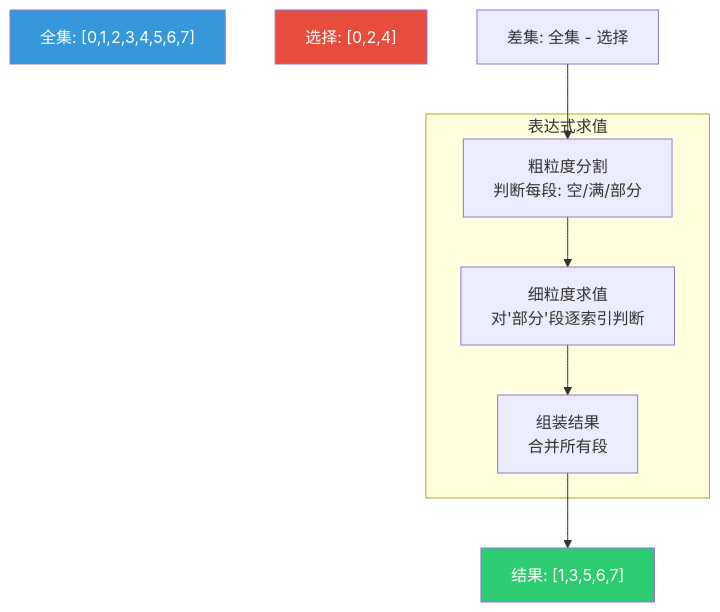
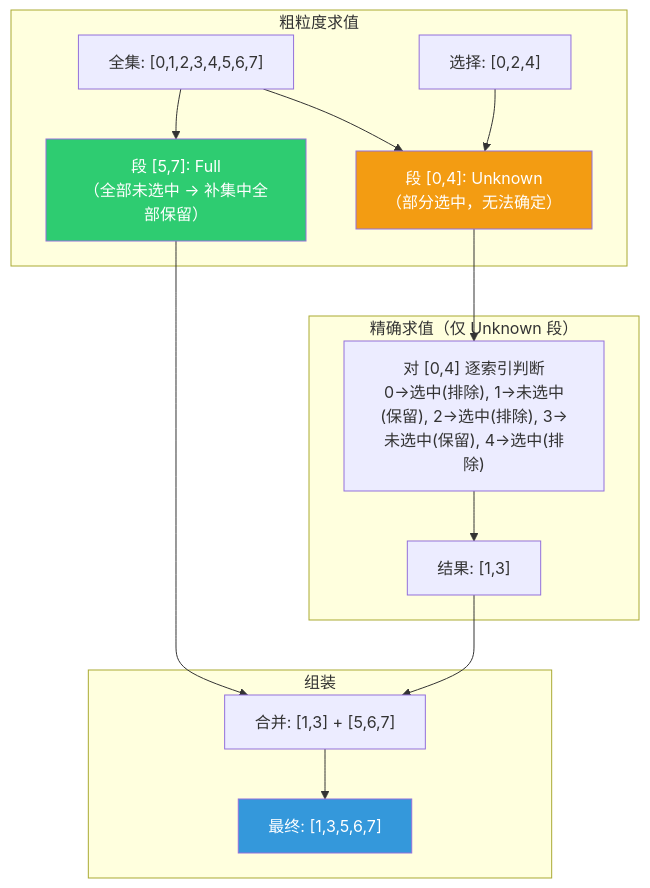
The sixth of 11 diagrams in 杂/markdown/几何节点-列表/07-FilterList节点.md (yunkezengren/blender-.vscode), drawn with Mermaid before and after one commit. The commit also changed other lines of this file and 1 other file, not shown here.

````diff
--- a/杂/markdown/几何节点-列表/07-FilterList节点.md
+++ b/杂/markdown/几何节点-列表/07-FilterList节点.md
@@ -528,19 +717,30 @@
 ```mermaid
 flowchart TD
-    U["全集: [0,1,2,3,4,5,6,7]"]
-    S["选择: [0,2,4]"]
-    D["差集: 全集 - 选择"]
-
-    subgraph "表达式求值"
-        COARSE["粗粒度分割<br/>判断每段: 空/满/部分"]
-        FINE["细粒度求值<br/>对'部分'段逐索引判断"]
-        ASSEMBLE["组装结果<br/>合并所有段"]
+    subgraph "粗粒度求值"
+        U["全集: [0,1,2,3,4,5,6,7]"]
+        S["选择: [0,2,4]"]
+        C1["段 [0,4]: Unknown<br/>（部分选中，无法确定）"]
+        C2["段 [5,7]: Full<br/>（全部未选中 → 补集中全部保留）"]
     end
 
-    D --> COARSE --> FINE --> ASSEMBLE
-    ASSEMBLE --> R["结果: [1,3,5,6,7]"]
+    subgraph "精确求值（仅 Unknown 段）"
+        F1["对 [0,4] 逐索引判断<br/>0→选中(排除), 1→未选中(保留), 2→选中(排除), 3→未选中(保留), 4→选中(排除)"]
+        F2["结果: [1,3]"]
+    end
 
-    style U fill:#3498db,color:#fff
-    style S fill:#e74c3c,color:#fff
-    style R fill:#2ecc71,color:#fff
+    subgraph "组装"
+        A["合并: [1,3] + [5,6,7]"]
+        R["最终: [1,3,5,6,7]"]
+    end
+
+    U --> C1
+    S --> C1
+    U --> C2
+    C1 --> F1 --> F2 --> A
+    C2 --> A
+    A --> R
+
+    style C2 fill:#2ecc71,color:#fff
+    style C1 fill:#f39c12,color:#fff
+    style R fill:#3498db,color:#fff
 ```
````
